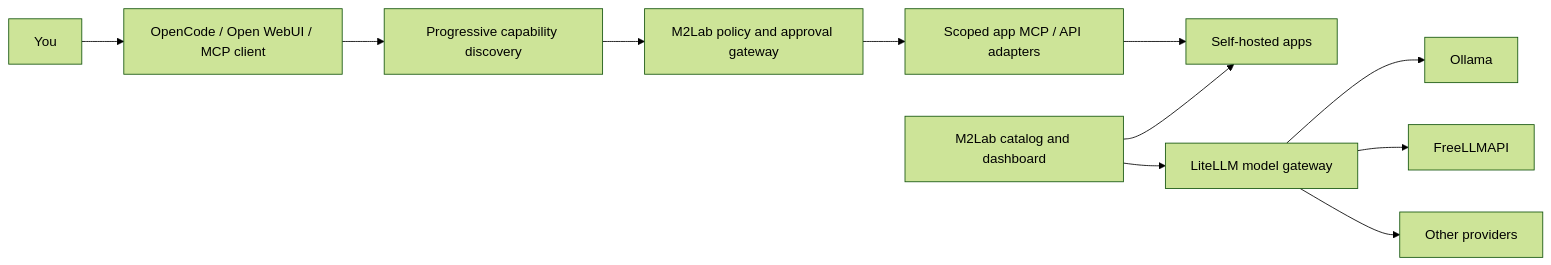
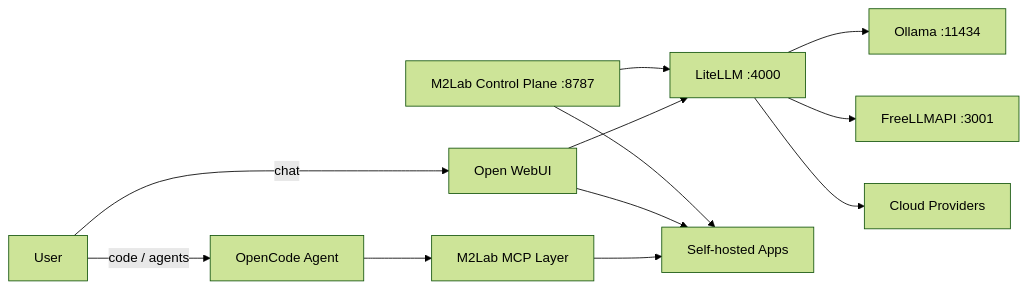
Before and after one commit to dcazes/M2Lab: the diagram in README.md, drawn with Mermaid (forest theme). The commit also changed other lines of this file and 1 other file, not shown here.

Commit message:
docs: professionalize README with banner, catchphrase, feature grid, architecture diagram
- Add dark-mode M2Lab banner SVG (docs/assets/m2lab-banner.svg)
- New catchphrase: AI-Native Homelab Starter Kit
- Feature grid (SSO, unified AI routing, MCP-ready stacks)
- Improved mermaid architecture diagram (Open WebUI -> LiteLLM -> Ollama/FreeLLMAPI/cloud, control plane + MCP layer)
- Badge row reduced to license + self-hosted (no invented badges)

````diff
--- a/README.md
+++ b/README.md
@@ -43,14 +54,18 @@
 ```mermaid
 flowchart LR
-    U[You] --> H[OpenCode / Open WebUI / MCP client]
-    H --> D[Progressive capability discovery]
-    D --> P[M2Lab policy and approval gateway]
-    P --> A[Scoped app MCP / API adapters]
-    A --> S[Self-hosted apps]
+    U[User] -->|chat| OW[Open WebUI]
+    U -->|code / agents| OC[OpenCode Agent]
 
-    C[M2Lab catalog and dashboard] --> S
-    C --> M[LiteLLM model gateway]
-    M --> O[Ollama]
-    M --> F[FreeLLMAPI]
-    M --> R[Other providers]
+    OW --> LL[LiteLLM :4000]
+    OC --> MCP[M2Lab MCP Layer]
+
+    LL --> OL[Ollama :11434]
+    LL --> FL[FreeLLMAPI :3001]
+    LL --> CL[Cloud Providers]
+
+    MCP --> APPS[Self-hosted Apps]
+    OW --> APPS
+
+    CTL[M2Lab Control Plane :8787] --> APPS
+    CTL --> LL
 ```
````
